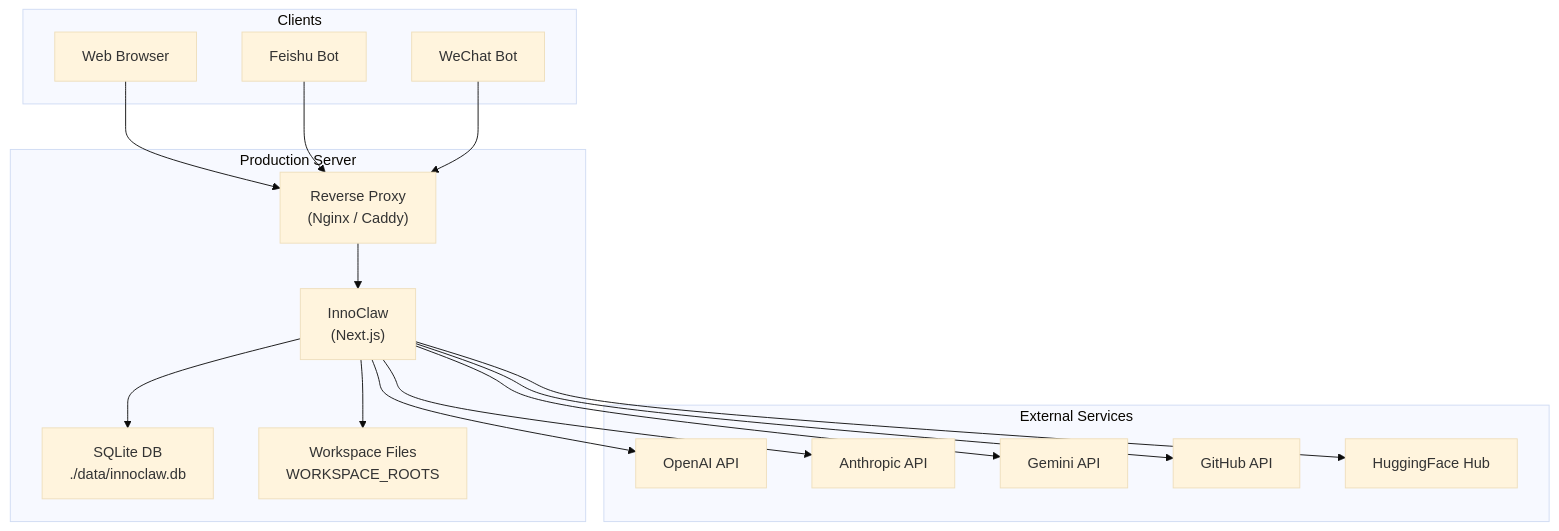
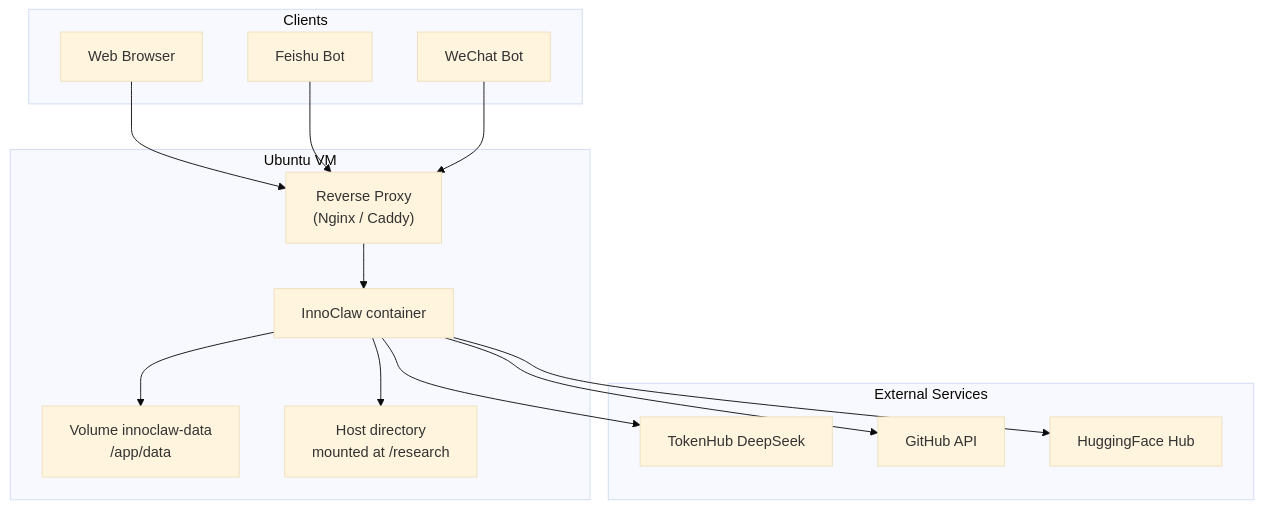
The diagram in docs/getting-started/deployment.md (SpectrAI-Initiative/InnoClaw), drawn with Mermaid (base theme) before and after one commit. The commit also changed other lines of this file and 363 other files, not shown here.

````diff
--- a/docs/getting-started/deployment.md
+++ b/docs/getting-started/deployment.md
@@ -7,35 +9,31 @@
 ```{mermaid}
 graph TB
     subgraph Clients["Clients"]
         Browser["Web Browser"]
         FeishuBot["Feishu Bot"]
         WeChatBot["WeChat Bot"]
     end
 
-    subgraph Host["Production Server"]
+    subgraph Host["Ubuntu VM"]
         Proxy["Reverse Proxy<br/>(Nginx / Caddy)"]
-        App["InnoClaw<br/>(Next.js)"]
-        SQLite["SQLite DB<br/>./data/innoclaw.db"]
-        Workspace["Workspace Files<br/>WORKSPACE_ROOTS"]
+        App["InnoClaw container"]
+        Data["Volume innoclaw-data<br/>/app/data"]
+        Workspace["Host directory<br/>mounted at /research"]
     end
 
     subgraph External["External Services"]
-        OpenAI["OpenAI API"]
-        Anthropic["Anthropic API"]
-        Gemini["Gemini API"]
+        DeepSeek["TokenHub DeepSeek"]
         GitHub["GitHub API"]
         HF["HuggingFace Hub"]
     end
 
     Browser --> Proxy
     FeishuBot --> Proxy
     WeChatBot --> Proxy
     Proxy --> App
-    App --> SQLite
+    App --> Data
     App --> Workspace
-    App --> OpenAI
-    App --> Anthropic
-    App --> Gemini
+    App --> DeepSeek
     App --> GitHub
     App --> HF
 ```
````
